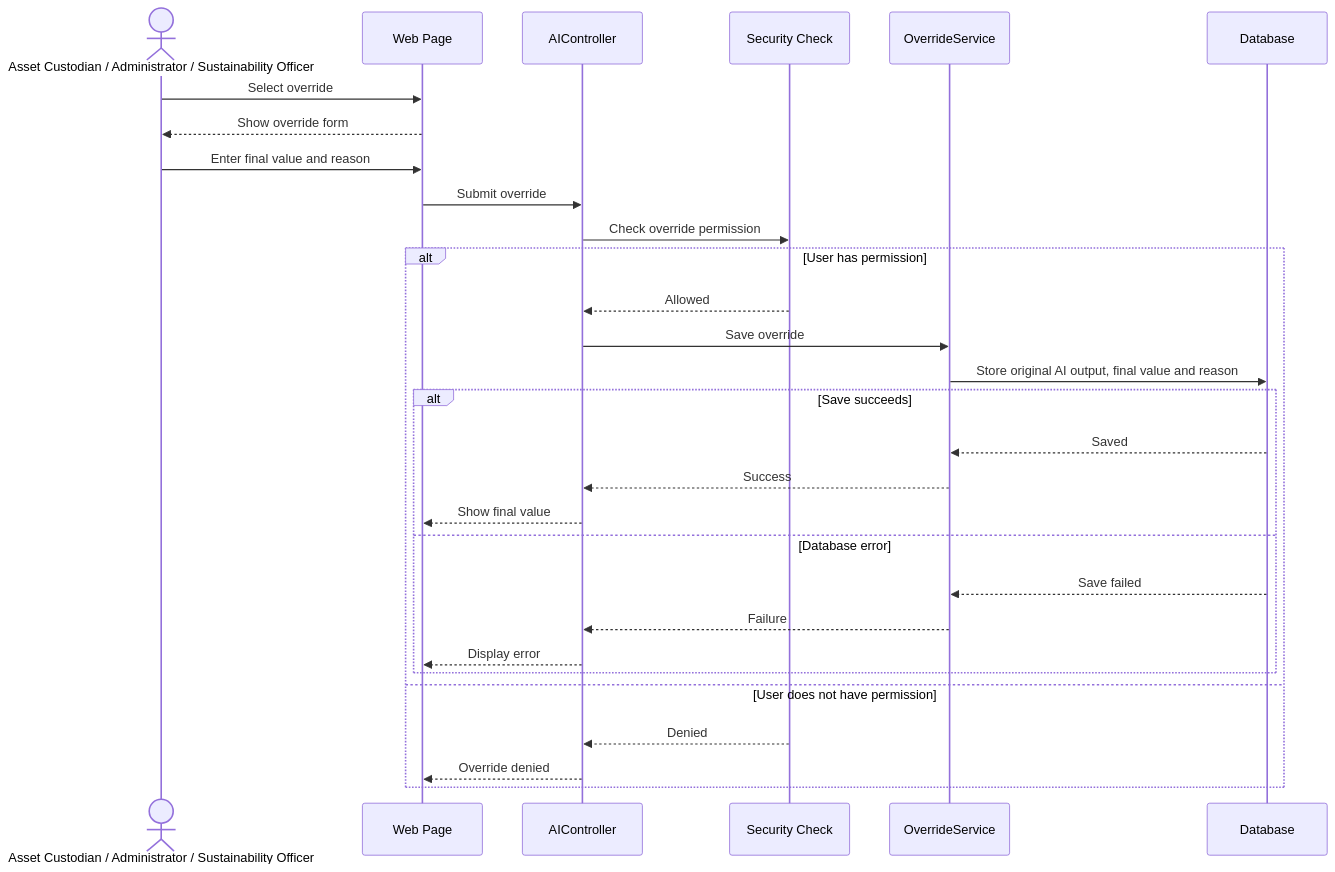
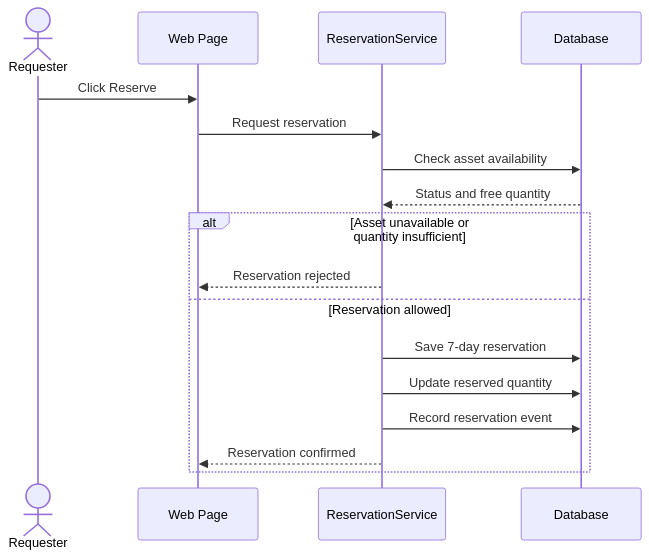
The seventh of 12 diagrams in phase 4-5/01_part1_assets_marketplace_requests.md (Abdulla66541/COSC336-GROUP5), drawn with Mermaid before and after one commit. The commit also changed other lines of this file, not shown here.

````diff
--- a/phase 4-5/01_part1_assets_marketplace_requests.md
+++ b/phase 4-5/01_part1_assets_marketplace_requests.md
@@ -378,35 +320,21 @@
 ```mermaid
 sequenceDiagram
-    actor U as Asset Custodian / Administrator / Sustainability Officer
+    actor RQ as Requester
     participant UI as Web Page
-    participant AIC as AIController
-    participant SEC as Security Check
-    participant OS as OverrideService
+    participant S as ReservationService
     participant DB as Database
 
-    U->>UI: Select override
-    UI-->>U: Show override form
-    U->>UI: Enter final value and reason
-    UI->>AIC: Submit override
-    AIC->>SEC: Check override permission
+    RQ->>UI: Click Reserve
+    UI->>S: Request reservation
+    S->>DB: Check asset availability
+    DB-->>S: Status and free quantity
 
-    alt User has permission
-        SEC-->>AIC: Allowed
-        AIC->>OS: Save override
-        OS->>DB: Store original AI output, final value and reason
-
-        alt Save succeeds
-            DB-->>OS: Saved
-            OS-->>AIC: Success
-            AIC-->>UI: Show final value
-        else Database error
-            DB-->>OS: Save failed
-            OS-->>AIC: Failure
-            AIC-->>UI: Display error
-        end
-
-    else User does not have permission
-        SEC-->>AIC: Denied
-        AIC-->>UI: Override denied
+    alt Asset unavailable or quantity insufficient
+        S-->>UI: Reservation rejected
+    else Reservation allowed
+        S->>DB: Save 7-day reservation
+        S->>DB: Update reserved quantity
+        S->>DB: Record reservation event
+        S-->>UI: Reservation confirmed
     end
 ```
````
